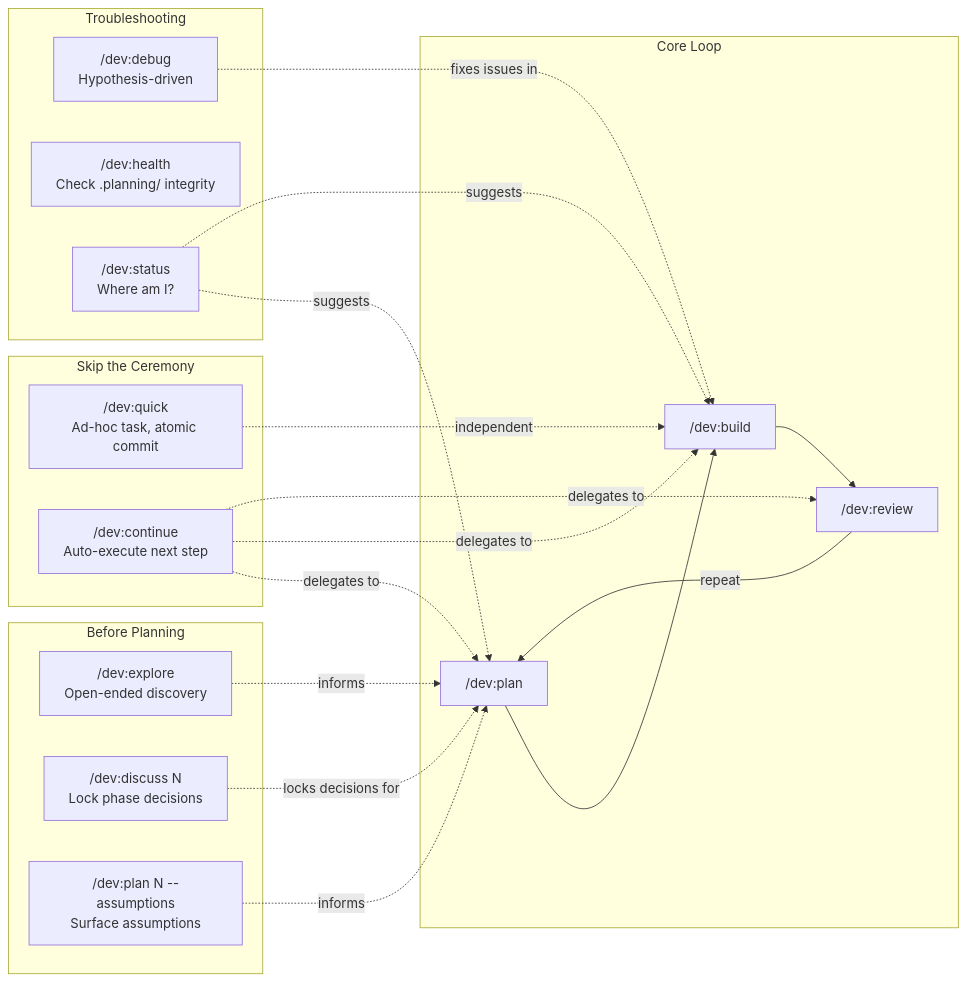
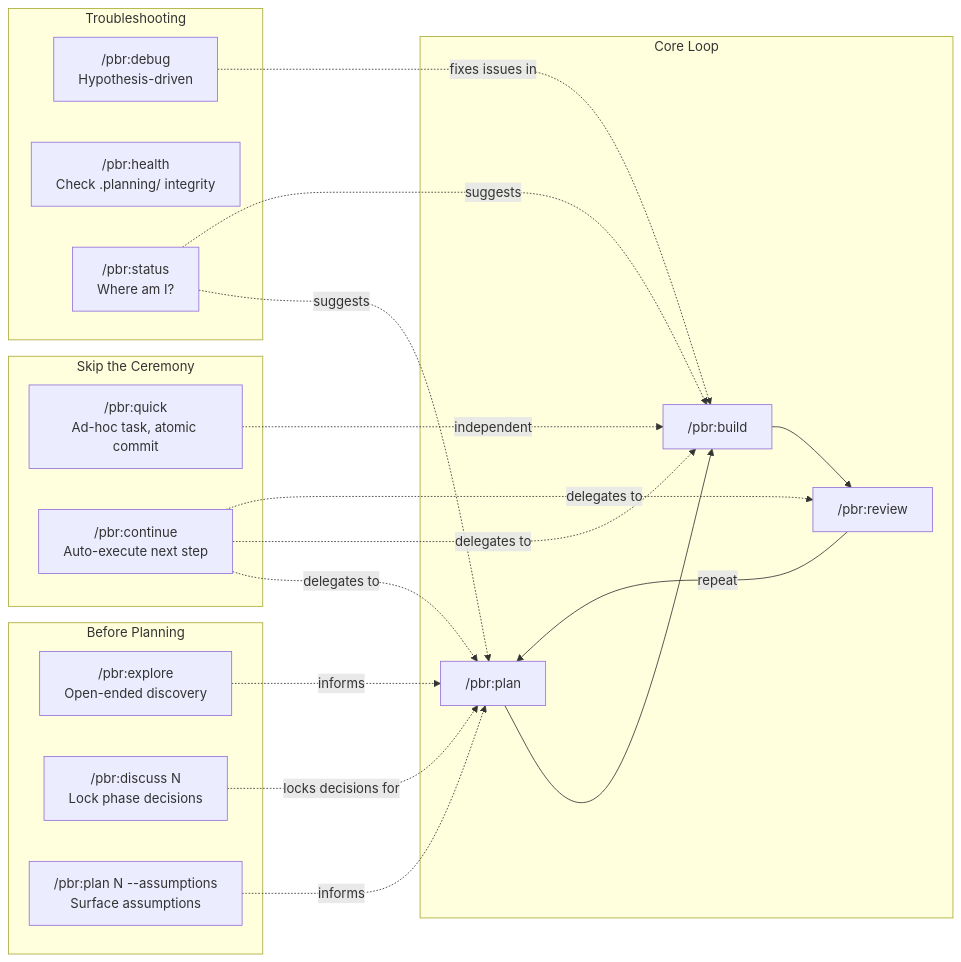
The second of 5 diagrams in docs/WORKFLOW.md (SienkLogic/plan-build-run), drawn with Mermaid before and after one commit. The commit also changed other lines of this file and 358 other files, not shown here.

First line of the commit message:
feat(tools): rebrand towline to plan-build-run

````diff
--- a/docs/WORKFLOW.md
+++ b/docs/WORKFLOW.md
@@ -35,35 +35,35 @@
 ```mermaid
 flowchart LR
     subgraph "Core Loop"
-        Plan["/dev:plan"] --> Build["/dev:build"] --> Review["/dev:review"]
+        Plan["/pbr:plan"] --> Build["/pbr:build"] --> Review["/pbr:review"]
         Review -->|repeat| Plan
     end
 
     subgraph "Before Planning"
-        Explore["/dev:explore<br/>Open-ended discovery"]
-        Discuss["/dev:discuss N<br/>Lock phase decisions"]
-        Assumptions["/dev:plan N --assumptions<br/>Surface assumptions"]
+        Explore["/pbr:explore<br/>Open-ended discovery"]
+        Discuss["/pbr:discuss N<br/>Lock phase decisions"]
+        Assumptions["/pbr:plan N --assumptions<br/>Surface assumptions"]
     end
 
     subgraph "Skip the Ceremony"
-        Quick["/dev:quick<br/>Ad-hoc task, atomic commit"]
-        Continue["/dev:continue<br/>Auto-execute next step"]
+        Quick["/pbr:quick<br/>Ad-hoc task, atomic commit"]
+        Continue["/pbr:continue<br/>Auto-execute next step"]
     end
 
     subgraph "Troubleshooting"
-        Debug["/dev:debug<br/>Hypothesis-driven"]
-        Health["/dev:health<br/>Check .planning/ integrity"]
-        Status["/dev:status<br/>Where am I?"]
+        Debug["/pbr:debug<br/>Hypothesis-driven"]
+        Health["/pbr:health<br/>Check .planning/ integrity"]
+        Status["/pbr:status<br/>Where am I?"]
     end
 
     Explore -.->|informs| Plan
     Discuss -.->|locks decisions for| Plan
     Assumptions -.->|informs| Plan
     Quick -.->|independent| Build
     Continue -.->|delegates to| Plan
     Continue -.->|delegates to| Build
     Continue -.->|delegates to| Review
     Debug -.->|fixes issues in| Build
     Status -.->|suggests| Plan
     Status -.->|suggests| Build
 ```
````
